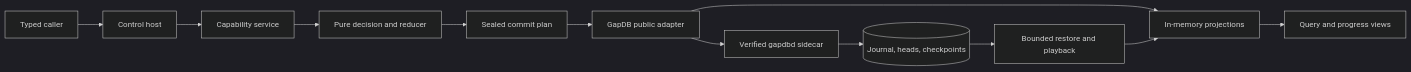
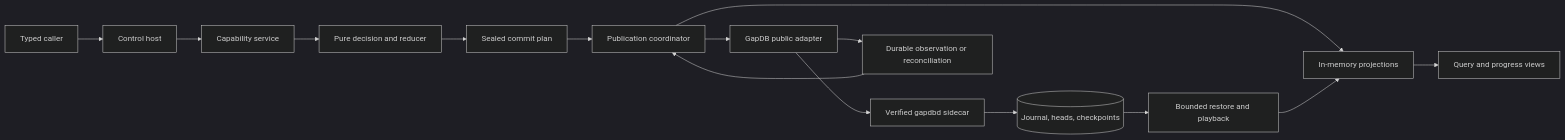
The first of 4 diagrams in kitty-specs/gapdb-only-production-authority-01M1GWDJ/plan.md (Ivan-Melck/spec-kitty-go), drawn with Mermaid (dark theme) before and after one commit. The commit also changed other lines of this file and 10 other files, not shown here.

````diff
--- a/kitty-specs/gapdb-only-production-authority-01M1GWDJ/plan.md
+++ b/kitty-specs/gapdb-only-production-authority-01M1GWDJ/plan.md
@@ -76,14 +77,17 @@
 ```mermaid
 flowchart LR
     Client[Typed caller] --> Host[Control host]
     Host --> Cap[Capability service]
     Cap --> Decide[Pure decision and reducer]
     Decide --> Commit[Sealed commit plan]
-    Commit --> Adapter[GapDB public adapter]
+    Commit --> Coordinator[Publication coordinator]
+    Coordinator --> Adapter[GapDB public adapter]
     Adapter --> Daemon[Verified gapdbd sidecar]
     Daemon --> Durable[(Journal, heads, checkpoints)]
-    Adapter --> Projection[In-memory projections]
+    Adapter --> Ack[Durable observation or reconciliation]
+    Ack --> Coordinator
+    Coordinator --> Projection[In-memory projections]
     Durable --> Restore[Bounded restore and playback]
     Restore --> Projection
     Projection --> Query[Query and progress views]
 ```
````
